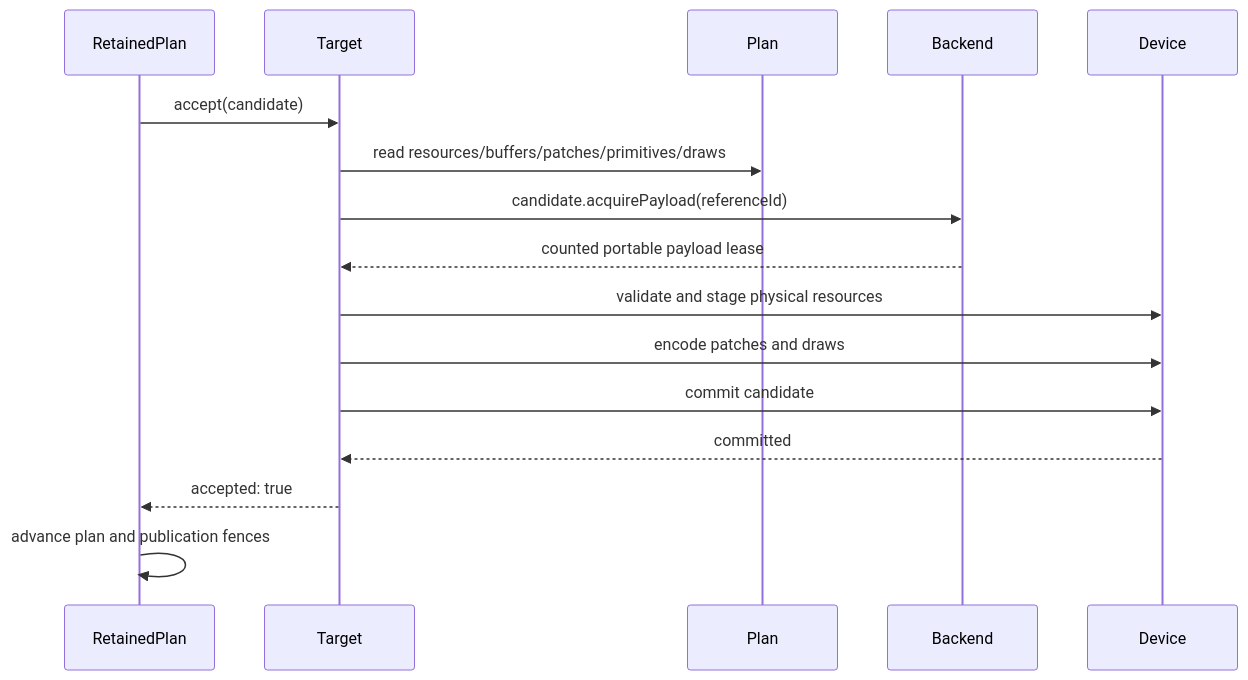
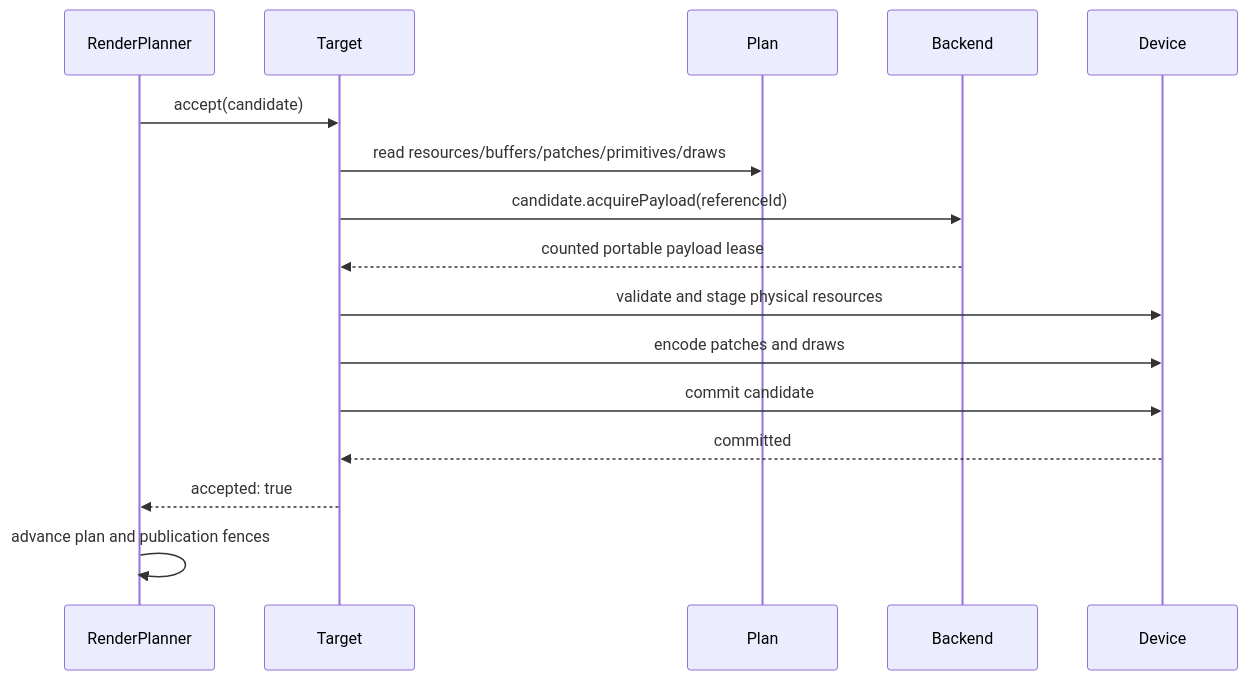
One commit to pmndrs/glyph changed the second of 2 diagrams in docs/guides/technique-implementation-report.md. Above: the diagram before and after it, drawn with Mermaid. The commit also changed other lines of this file and 14 other files, not shown here.

````diff
--- a/docs/guides/technique-implementation-report.md
+++ b/docs/guides/technique-implementation-report.md
@@ -402,19 +402,19 @@
 ```mermaid
 sequenceDiagram
-  participant RetainedPlan
+  participant RenderPlanner
   participant Target
   participant Plan
   participant Backend
   participant Device
 
-  RetainedPlan->>Target: accept(candidate)
+  RenderPlanner->>Target: accept(candidate)
   Target->>Plan: read resources/buffers/patches/primitives/draws
   Target->>Backend: candidate.acquirePayload(referenceId)
   Backend-->>Target: counted portable payload lease
   Target->>Device: validate and stage physical resources
   Target->>Device: encode patches and draws
   Target->>Device: commit candidate
   Device-->>Target: committed
-  Target-->>RetainedPlan: accepted: true
-  RetainedPlan->>RetainedPlan: advance plan and publication fences
+  Target-->>RenderPlanner: accepted: true
+  RenderPlanner->>RenderPlanner: advance plan and publication fences
 ```
````
